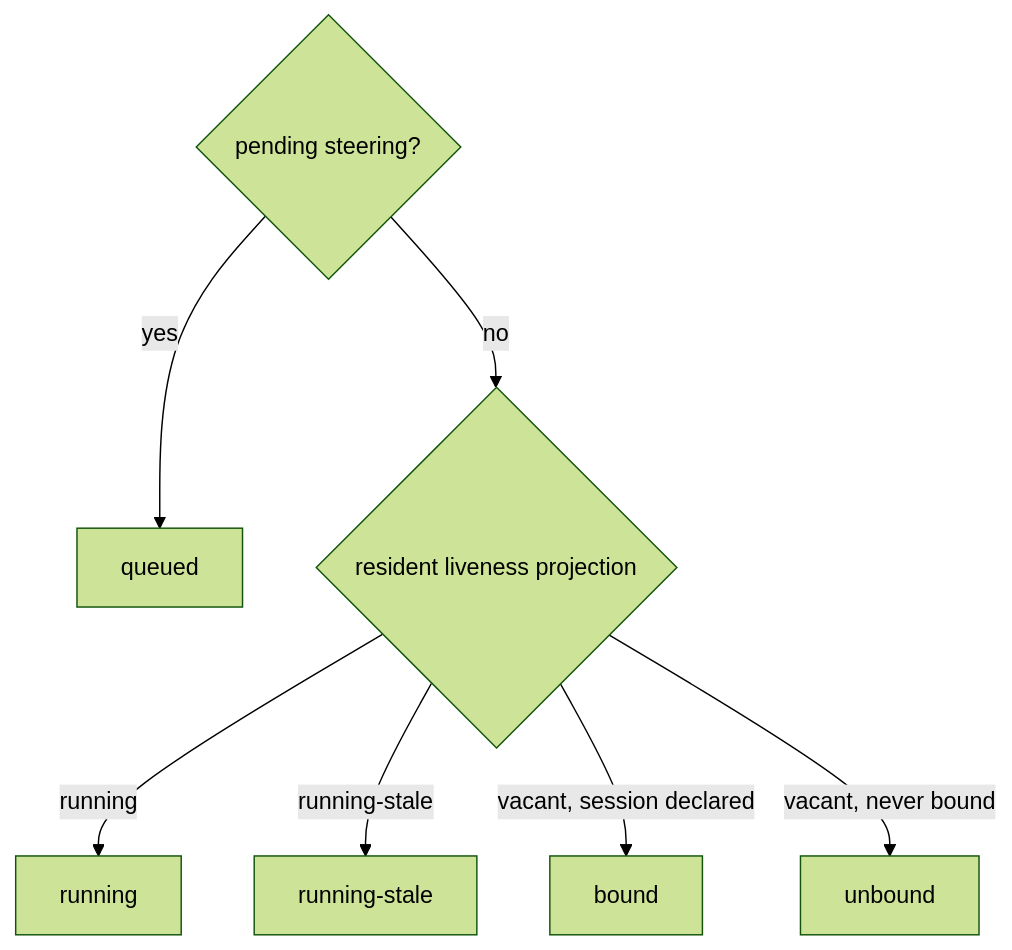
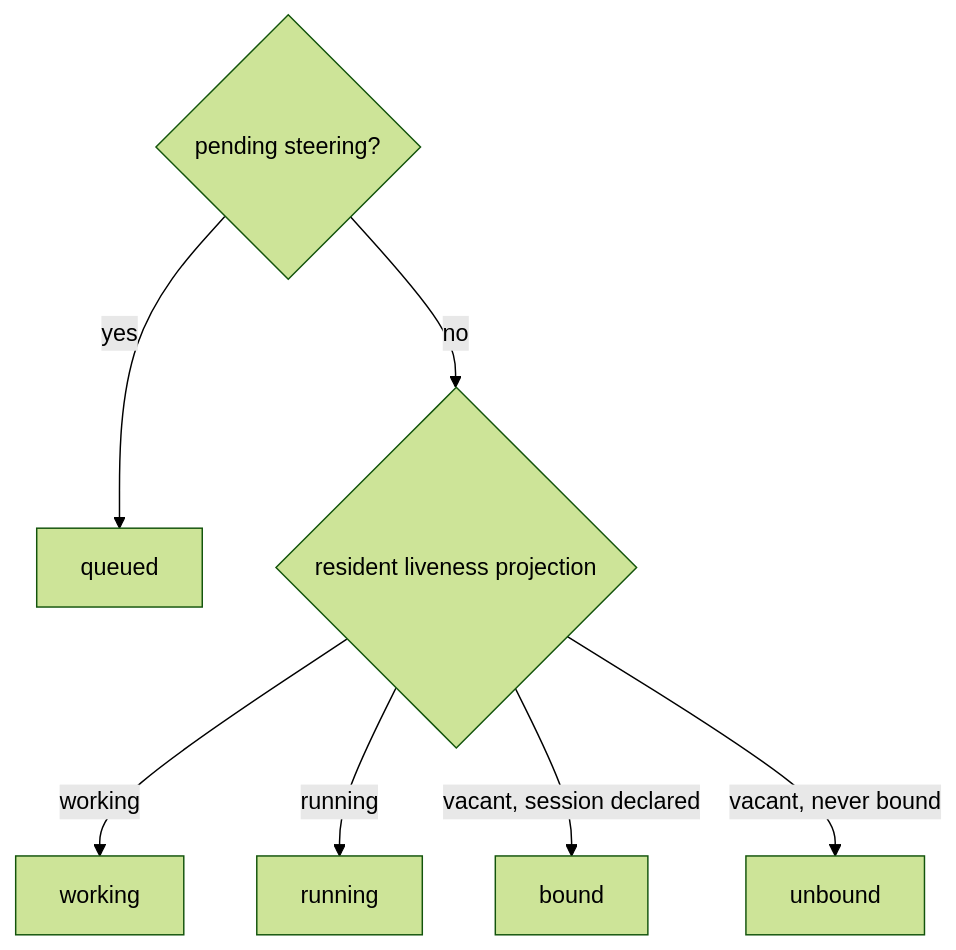
One commit to infimalabs/spice-rust changed the tenth of 17 diagrams in docs/product/loops.md. Above: the diagram before and after it, drawn with Mermaid (forest theme). The commit also changed other lines of this file and 11 other files, not shown here.

First line of the commit message:
Rename the quiet lane state to running and the loud one to working

````diff
--- a/docs/product/loops.md
+++ b/docs/product/loops.md
@@ -278,10 +278,10 @@
 ```mermaid
 flowchart TD
   Q{"pending steering?"}
   Q -- yes --> QUEUED["queued"]
   Q -- no --> L{"resident liveness projection"}
+  L -- working --> WORKING["working"]
   L -- running --> RUNNING["running"]
-  L -- running-stale --> STALE["running-stale"]
   L -- "vacant, session declared" --> BOUND["bound"]
   L -- "vacant, never bound" --> UNBOUND["unbound"]
 ```
````
